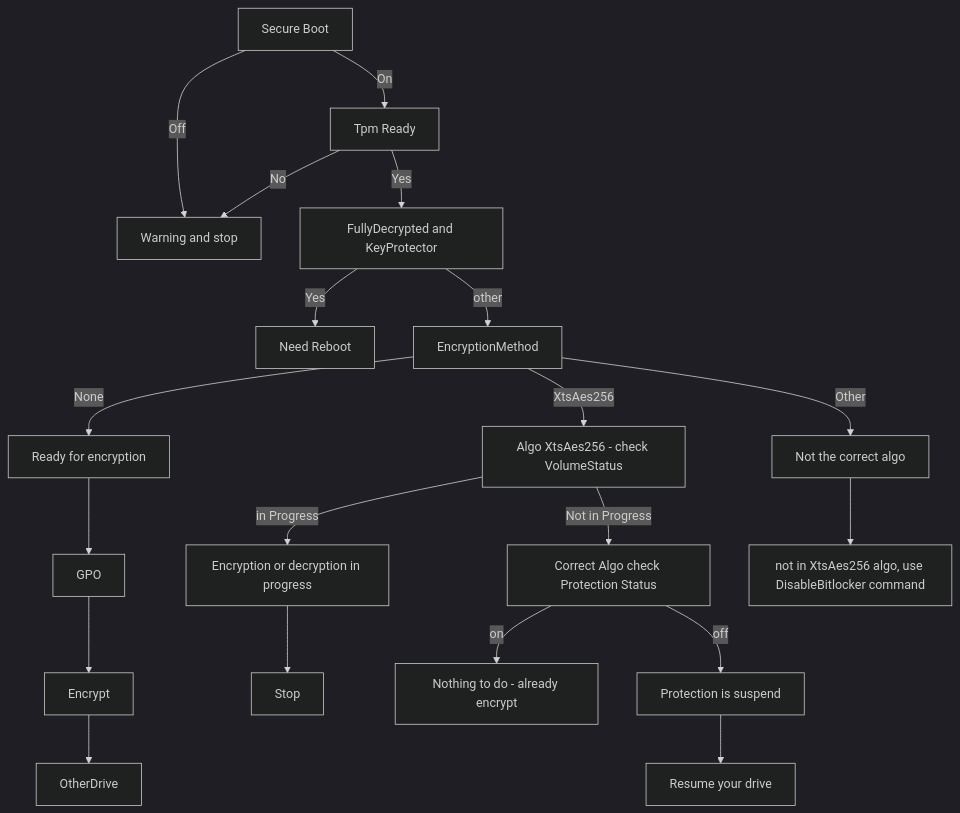
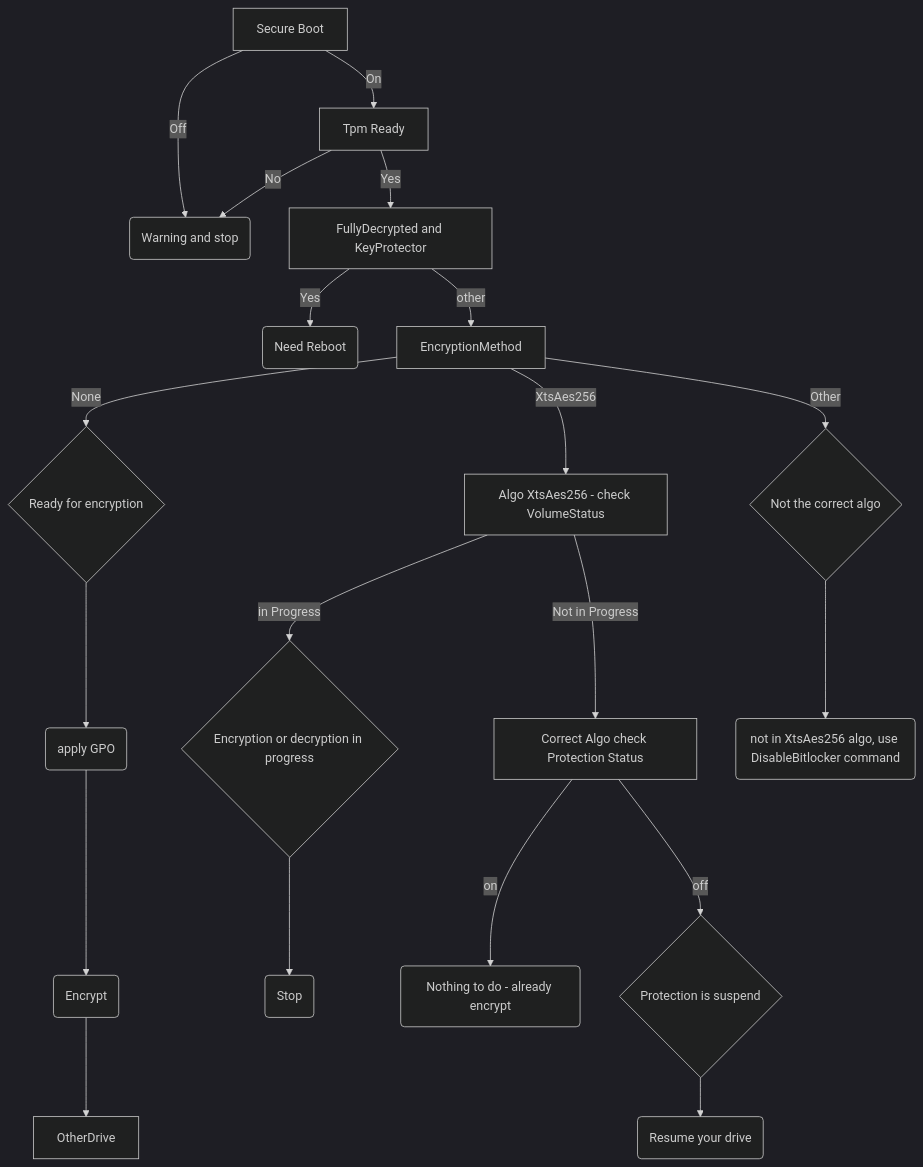
The diagram in dists/crypt-with-bitlocker/ALGORITHM.md (jl-oclinux/SecWinBatchMode), drawn with Mermaid (dark theme) before and after one commit.

Commit message:
more precise bitlocker ALGORITHM [skip ci]

````diff
--- a/dists/crypt-with-bitlocker/ALGORITHM.md
+++ b/dists/crypt-with-bitlocker/ALGORITHM.md
@@ -3,19 +3,19 @@
 ```mermaid
 graph TD
    Node1[Secure Boot] -->|On| Node2
-   Node1[Secure Boot] -->|Off| Node3[Warning and stop]
+   Node1[Secure Boot] -->|Off| Node3(Warning and stop)
    Node2[Tpm Ready] --> |Yes|Node4
    Node2[Tpm Ready] --> |No|Node3
-   Node4[FullyDecrypted and KeyProtector] --> |Yes|Reboot[Need Reboot]
+   Node4[FullyDecrypted and KeyProtector] --> |Yes|Reboot(Need Reboot)
    Node4[FullyDecrypted and KeyProtector] --> |other|Node5
    Node5[EncryptionMethod] --> |None| NodeNone
    Node5[EncryptionMethod] --> |XtsAes256| Node256
    Node5[EncryptionMethod] --> |Other| NodeOther
-   NodeNone[Ready for encryption] --> gpo[GPO] --> encrypt[Encrypt] --> OtherDrive
-   Node256[Algo XtsAes256 - check VolumeStatus] --> |in Progress| InProgress[Encryption or decryption in progress] --> Stop
+   NodeNone{Ready for encryption} --> gpo(apply GPO) --> encrypt(Encrypt) --> OtherDrive
+   Node256[Algo XtsAes256 - check VolumeStatus] --> |in Progress| InProgress{Encryption or decryption in progress} --> Stop(Stop)
    Node256[Algo XtsAes256 - check VolumeStatus] --> |Not in Progress| NotProgress
-   NotProgress[Correct Algo check Protection Status] --> |on| nothing[Nothing to do - already encrypt]
-   NotProgress[Correct Algo check Protection Status] --> |off| suspend[Protection is suspend] --> resume[Resume your drive]
-   NodeOther[Not the correct algo] --> Not256[not in XtsAes256 algo, use DisableBitlocker command]
+   NotProgress[Correct Algo check Protection Status] --> |on| nothing(Nothing to do - already encrypt)
+   NotProgress[Correct Algo check Protection Status] --> |off| suspend{Protection is suspend} --> resume(Resume your drive)
+   NodeOther{Not the correct algo} --> Not256(not in XtsAes256 algo, use DisableBitlocker command)
 
   ``` 
````
